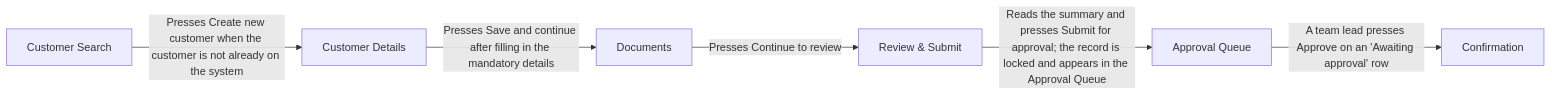
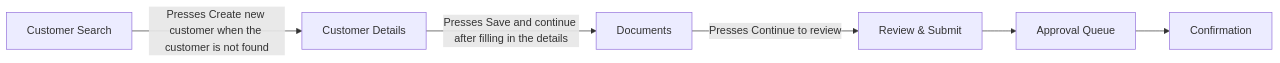
Before and after one commit to patkusch/specto: the diagram in examples/onboarding/reference/report.md, drawn with Mermaid. The commit also changed other lines of this file and 12 other files, not shown here.

````diff
--- a/examples/onboarding/reference/report.md
+++ b/examples/onboarding/reference/report.md
@@ -48,14 +44,14 @@
 ```mermaid
 flowchart LR
     S01["Customer Search"]
     S02["Customer Details"]
     S03["Documents"]
     S04["Review & Submit"]
     S05["Approval Queue"]
     S06["Confirmation"]
-    S01 -- "Presses Create new customer when the customer is not already on the system" --> S02
-    S02 -- "Presses Save and continue after filling in the mandatory details" --> S03
+    S01 -- "Presses Create new customer when the customer is not found" --> S02
+    S02 -- "Presses Save and continue after filling in the details" --> S03
     S03 -- "Presses Continue to review" --> S04
-    S04 -- "Reads the summary and presses Submit for approval; the record is locked and appears in the Approval Queue" --> S05
-    S05 -- "A team lead presses Approve on an 'Awaiting approval' row" --> S06
+    S04 --> S05
+    S05 --> S06
 ```
````
